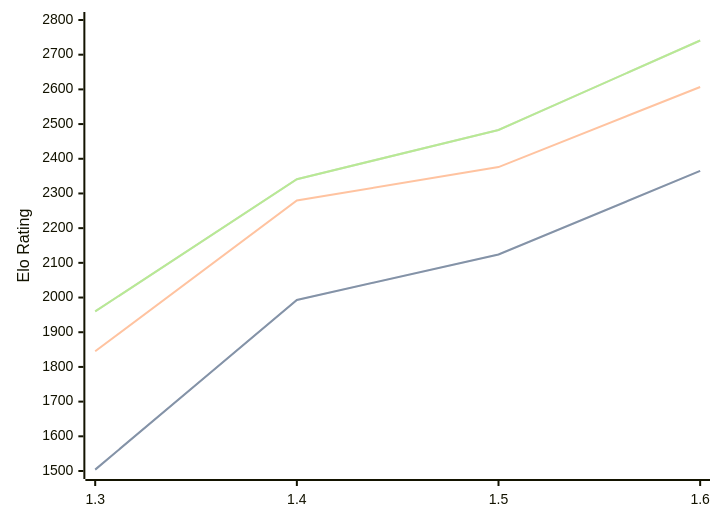
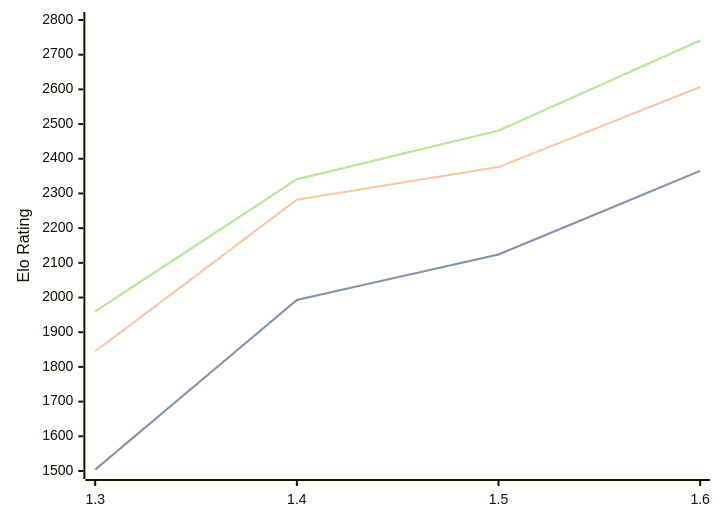
Before and after one commit to computer-chess-index/cci: the diagram in engines/Facon.md, drawn with Mermaid. The commit also changed other lines of this file, not shown here.

Commit message:
Update CCI Ratings (ELO VLTC) - 2026-07-28

````diff
--- a/engines/Facon.md
+++ b/engines/Facon.md
@@ -37,11 +37,11 @@
 ```mermaid
 %%{init: {"theme":"base","themeVariables":{"seriesColors:['#a3a3a3','#222221','#faa371']}}}%%
 xychart-beta
   x-axis ["1.3", "1.4", "1.5", "1.6"]
   y-axis "Elo Rating" 1500 --> 2800
   line "STC (8.0+0.08s)" [1504, 1993, 2124, 2365]
   line "STC (8.0+0.08s)" [1504, 1993, 2124, 2365]
-  line "LTC (60.0+0.60s)" [1845, 2280, 2376, 2607]
-  line "VLTC (2m24s+1.12s)" [1960, 2341, 2483, 2741]
-  line "VLTC (2m24s+1.12s)" [1960, 2341, 2483, 2741]
+  line "LTC (60.0+0.60s)" [1845, 2282, 2376, 2607]
+  line "VLTC (2m24s+1.12s)" [1960, 2341, 2481, 2741]
+  line "VLTC (2m24s+1.12s)" [1960, 2341, 2481, 2741]
 ```
````
